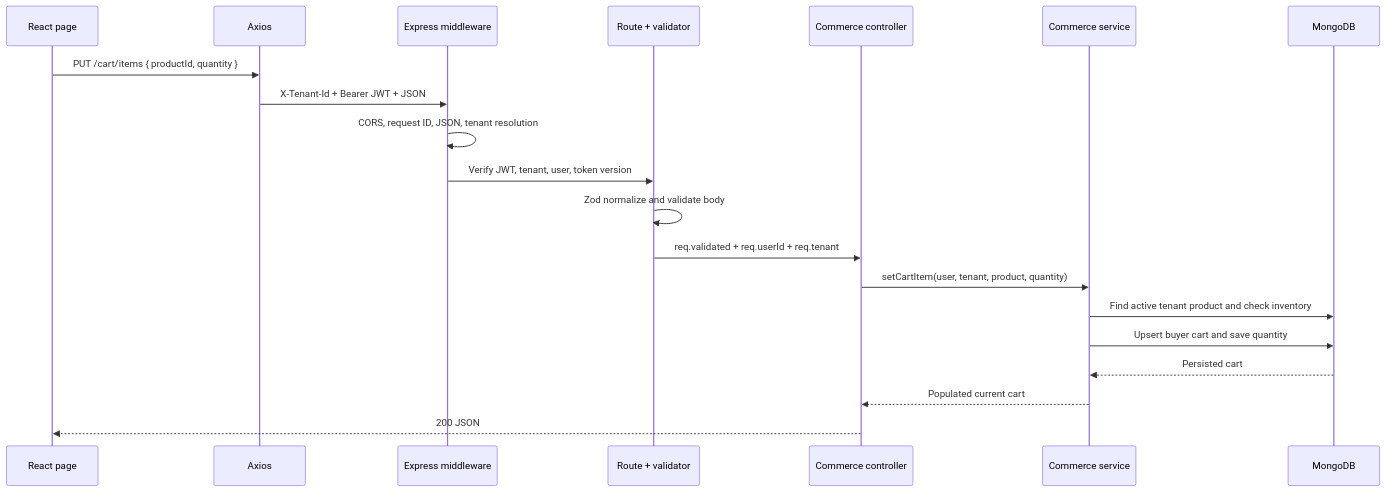
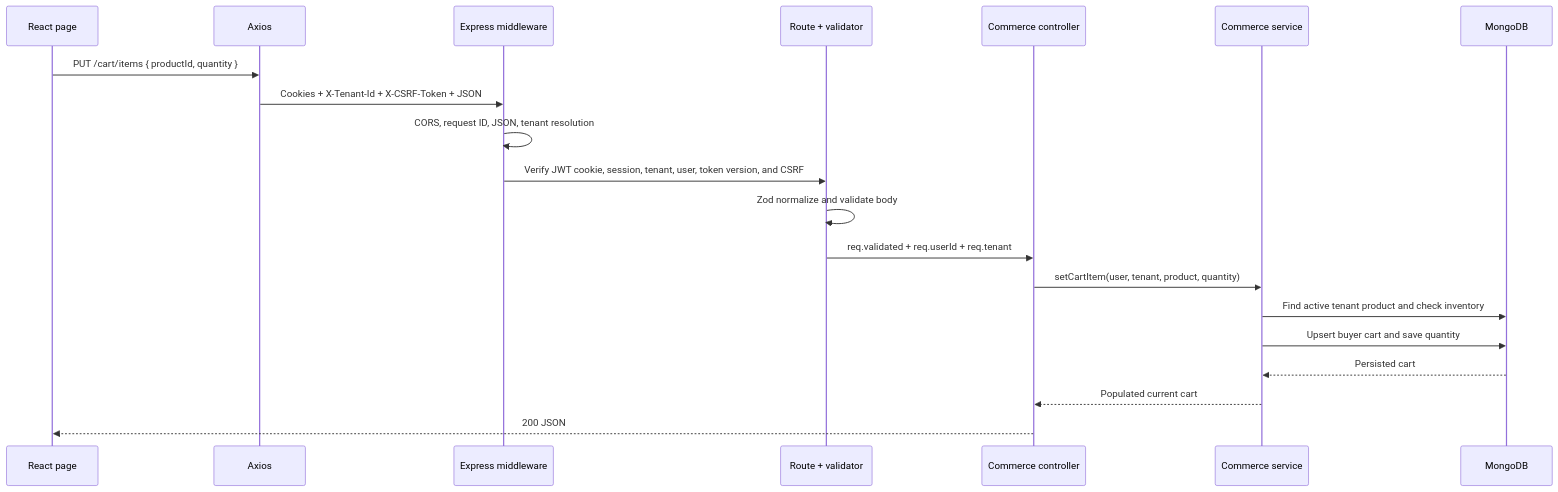
The second of 3 diagrams in docs/project-overview.md (viniciuspizettadesouza/ufsc-dso2-trabalho1-mercadozetta), drawn with Mermaid before and after one commit. The commit also changed other lines of this file and 79 other files, not shown here.

Commit message:
feat: replace bearer tokens with rotating cookie sessions

````diff
--- a/docs/project-overview.md
+++ b/docs/project-overview.md
@@ -128,23 +128,23 @@
 ```mermaid
 sequenceDiagram
     participant UI as React page
     participant HTTP as Axios
     participant MW as Express middleware
     participant Route as Route + validator
     participant Controller as Commerce controller
     participant Service as Commerce service
     participant DB as MongoDB
 
     UI->>HTTP: PUT /cart/items { productId, quantity }
-    HTTP->>MW: X-Tenant-Id + Bearer JWT + JSON
+    HTTP->>MW: Cookies + X-Tenant-Id + X-CSRF-Token + JSON
     MW->>MW: CORS, request ID, JSON, tenant resolution
-    MW->>Route: Verify JWT, tenant, user, token version
+    MW->>Route: Verify JWT cookie, session, tenant, user, token version, and CSRF
     Route->>Route: Zod normalize and validate body
     Route->>Controller: req.validated + req.userId + req.tenant
     Controller->>Service: setCartItem(user, tenant, product, quantity)
     Service->>DB: Find active tenant product and check inventory
     Service->>DB: Upsert buyer cart and save quantity
     DB-->>Service: Persisted cart
     Service-->>Controller: Populated current cart
     Controller-->>UI: 200 JSON
 ```
````
